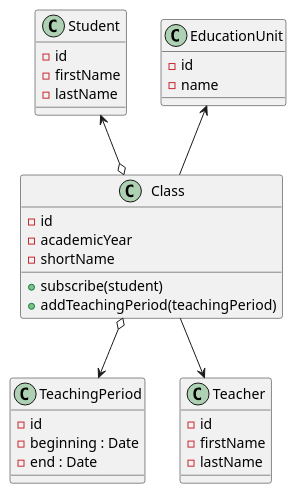
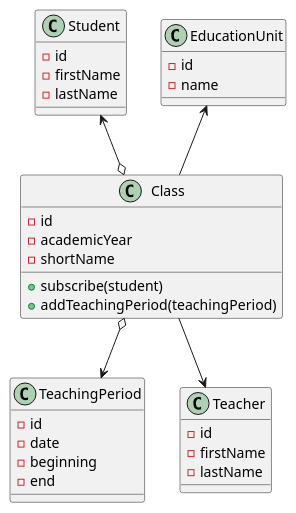
The diagram in uml_diagrams.puml (EAFC-Uccle-PROJINT-S1-2122/MonProjetDemo), drawn with PlantUML before and after one commit. The commit also changed 13 other files, not shown here.

```diff
--- a/uml_diagrams.puml
+++ b/uml_diagrams.puml
@@ -1,38 +1,39 @@
 @startuml class_diagram
 class Student {
     -id
     -firstName
     -lastName
 }
 
 class Class {
     -id
     -academicYear
     -shortName
     +subscribe(student)
     +addTeachingPeriod(teachingPeriod)
 }
 
 class TeachingPeriod {
     -id
-    -beginning : Date
-    -end : Date
+    -date
+    -beginning
+    -end
 }
 
 class EducationUnit {
     -id
     -name
 }
 
 class Teacher {
     -id
     -firstName
     -lastName
 }
 
 Student <--o Class
 Class --> Teacher
 EducationUnit <-- Class
 Class o--> TeachingPeriod
 
 @enduml
```
